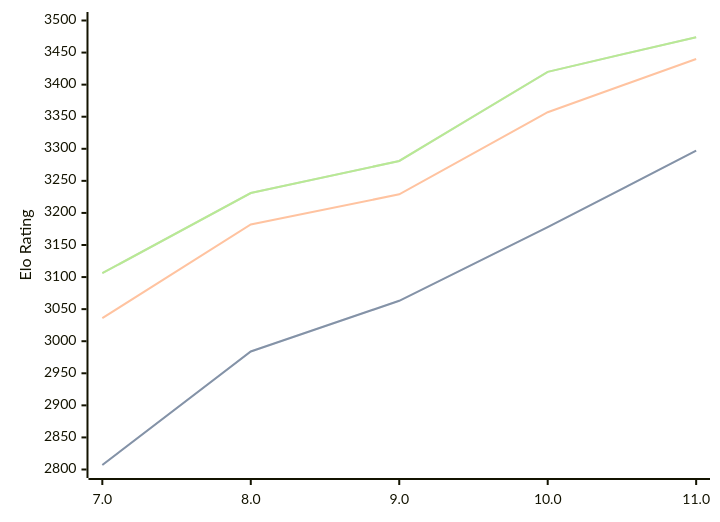
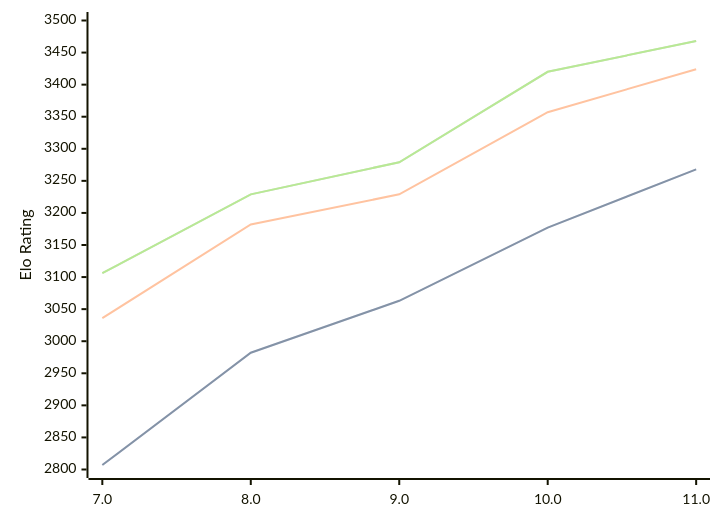
Before and after one commit to computer-chess-index/cci: the diagram in engines/Tcheran.md, drawn with Mermaid. The commit also changed other lines of this file, not shown here.

Commit message:
Update CCI Ratings (ELO VLTC) - 2026-02-14

````diff
--- a/engines/Tcheran.md
+++ b/engines/Tcheran.md
@@ -46,11 +46,11 @@
 ```mermaid
 %%{init: {"theme":"base","themeVariables":{"seriesColors:['#a3a3a3','#222221','#faa371']}}}%%
 xychart-beta
   x-axis ["7.0", "8.0", "9.0", "10.0", "11.0"]
   y-axis "Elo Rating" 2800 --> 3500
-  line "STC (8.0+0.08s)" [2807, 2984, 3063, 3178, 3297]
-  line "STC (8.0+0.08s)" [2807, 2984, 3063, 3178, 3297]
-  line "LTC (60.0+0.60s)" [3036, 3182, 3229, 3357, 3440]
-  line "VLTC (2m24s+1.12s)" [3106, 3231, 3281, 3420, 3474]
-  line "VLTC (2m24s+1.12s)" [3106, 3231, 3281, 3420, 3474]
+  line "STC (8.0+0.08s)" [2807, 2982, 3063, 3177, 3268]
+  line "STC (8.0+0.08s)" [2807, 2982, 3063, 3177, 3268]
+  line "LTC (60.0+0.60s)" [3036, 3182, 3229, 3357, 3424]
+  line "VLTC (2m24s+1.12s)" [3106, 3229, 3279, 3420, 3468]
+  line "VLTC (2m24s+1.12s)" [3106, 3229, 3279, 3420, 3468]
 ```
````
